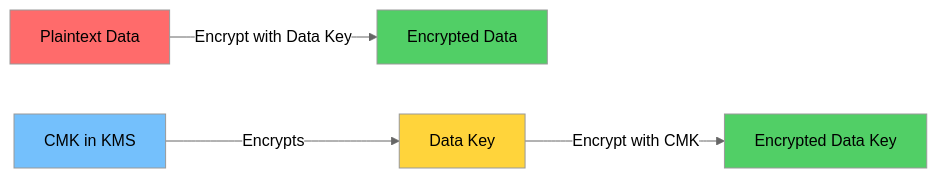
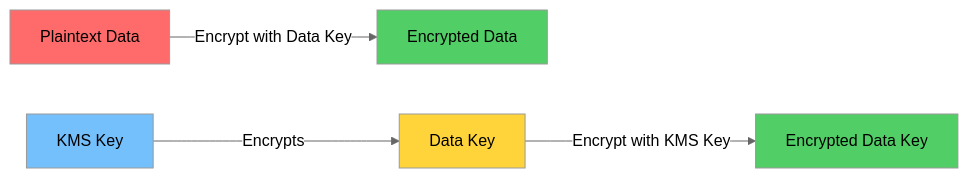
One commit to ramesavi/oubt changed the second of 13 diagrams in day-19/day-19-tutorial.md. Above: the diagram before and after it, drawn with Mermaid. The commit also changed other lines of this file and 8 other files, not shown here.

````diff
--- a/day-19/day-19-tutorial.md
+++ b/day-19/day-19-tutorial.md
@@ -159,13 +161,13 @@
 ```mermaid
 %%{init: {'theme':'neutral'}}%%
 flowchart LR
     P["Plaintext Data"] -->|"Encrypt with Data Key"| ED["Encrypted Data"]
-    DK["Data Key"] -->|"Encrypt with CMK"| EDK["Encrypted Data Key"]
-    CMK["CMK in KMS"] -->|"Encrypts"| DK
+    DK["Data Key"] -->|"Encrypt with KMS Key"| EDK["Encrypted Data Key"]
+    KMSKey["KMS Key"] -->|"Encrypts"| DK
     
     style P fill:#ff6b6b,color:#000
     style DK fill:#ffd43b,color:#000
     style EDK fill:#51cf66,color:#000
     style ED fill:#51cf66,color:#000
-    style CMK fill:#74c0fc,color:#000
+    style KMSKey fill:#74c0fc,color:#000
 ```
````
